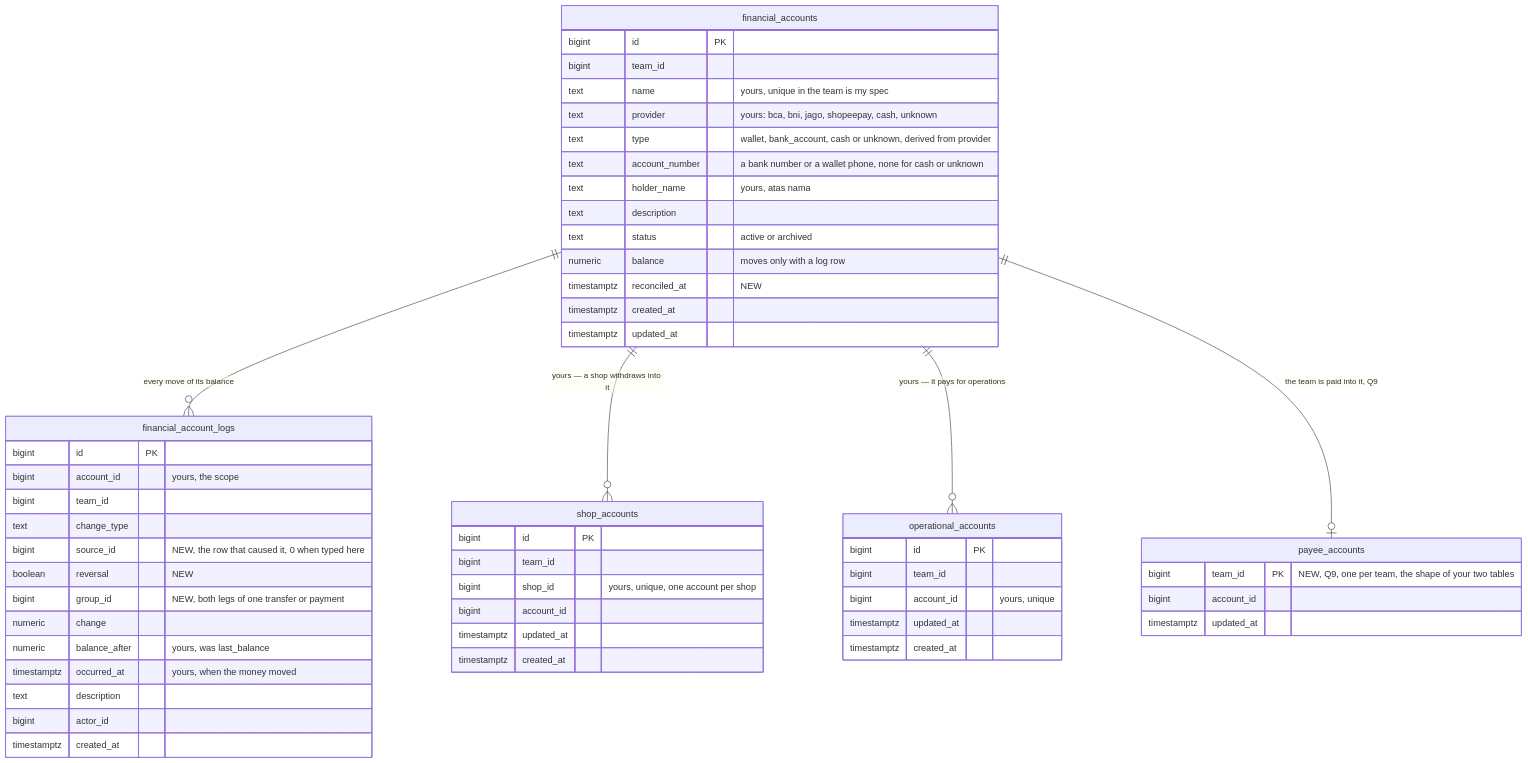
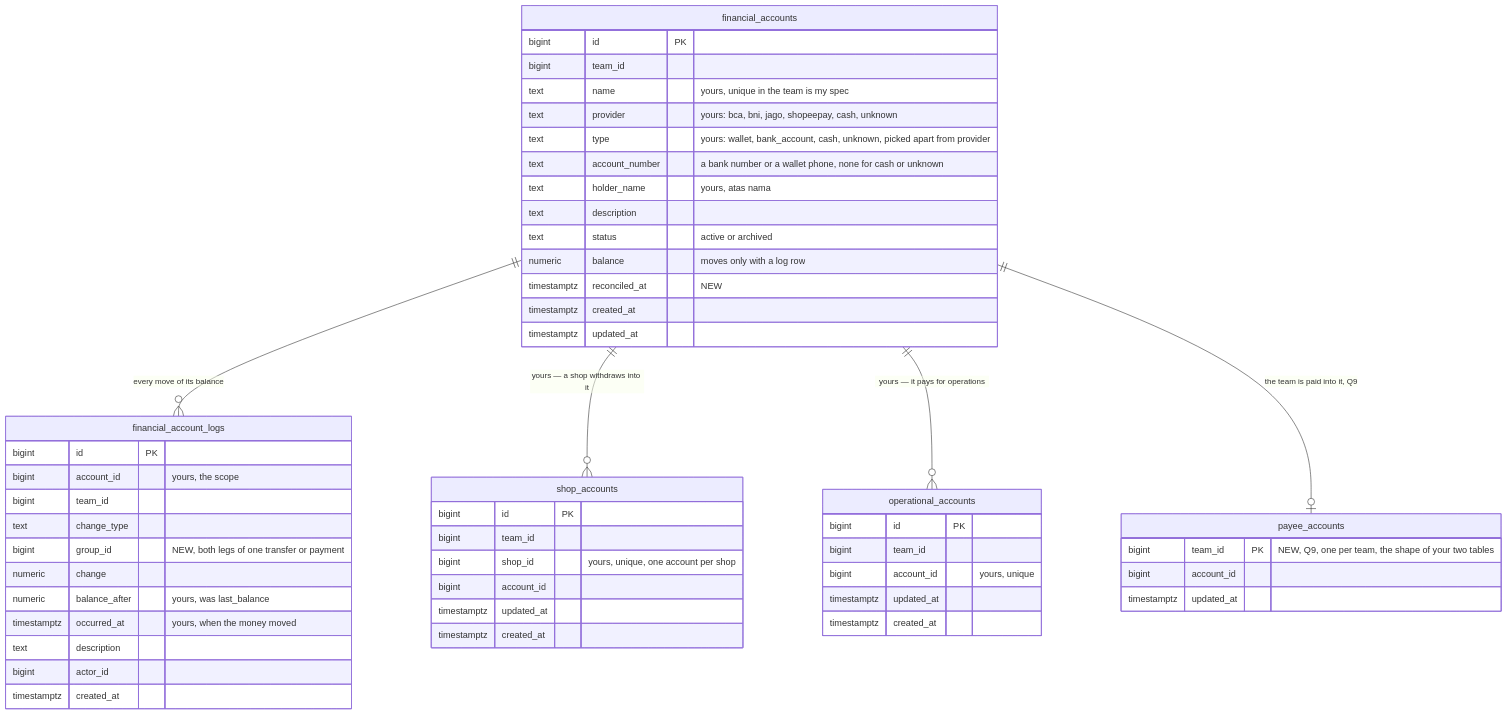
The fifth of 6 diagrams in docs/business/financial_account/context_clarify.md (pdcgo/warehouse_revamp), drawn with Mermaid before and after one commit. The commit also changed other lines of this file and 3 other files, not shown here.

First line of the commit message:
financial_account: record critiques 1 and 2 - description is the cause, type picked apart

````diff
--- a/docs/business/financial_account/context_clarify.md
+++ b/docs/business/financial_account/context_clarify.md
@@ -235,57 +235,55 @@
 ```mermaid
 erDiagram
   financial_accounts ||--o{ financial_account_logs : "every move of its balance"
   financial_accounts ||--o{ shop_accounts : "yours — a shop withdraws into it"
   financial_accounts ||--o{ operational_accounts : "yours — it pays for operations"
   financial_accounts ||--o| payee_accounts : "the team is paid into it, Q9"
   financial_accounts {
     bigint id PK
     bigint team_id
     text name "yours, unique in the team is my spec"
     text provider "yours: bca, bni, jago, shopeepay, cash, unknown"
-    text type "wallet, bank_account, cash or unknown, derived from provider"
+    text type "yours: wallet, bank_account, cash, unknown, picked apart from provider"
     text account_number "a bank number or a wallet phone, none for cash or unknown"
     text holder_name "yours, atas nama"
     text description
     text status "active or archived"
     numeric balance "moves only with a log row"
     timestamptz reconciled_at "NEW"
     timestamptz created_at
     timestamptz updated_at
   }
   financial_account_logs {
     bigint id PK
     bigint account_id "yours, the scope"
     bigint team_id
     text change_type
-    bigint source_id "NEW, the row that caused it, 0 when typed here"
-    boolean reversal "NEW"
     bigint group_id "NEW, both legs of one transfer or payment"
     numeric change
     numeric balance_after "yours, was last_balance"
     timestamptz occurred_at "yours, when the money moved"
     text description
     bigint actor_id
     timestamptz created_at
   }
   shop_accounts {
     bigint id PK
     bigint team_id
     bigint shop_id "yours, unique, one account per shop"
     bigint account_id
     timestamptz updated_at
     timestamptz created_at
   }
   operational_accounts {
     bigint id PK
     bigint team_id
     bigint account_id "yours, unique"
     timestamptz updated_at
     timestamptz created_at
   }
   payee_accounts {
     bigint team_id PK "NEW, Q9, one per team, the shape of your two tables"
     bigint account_id
     timestamptz updated_at
   }
 ```
````
